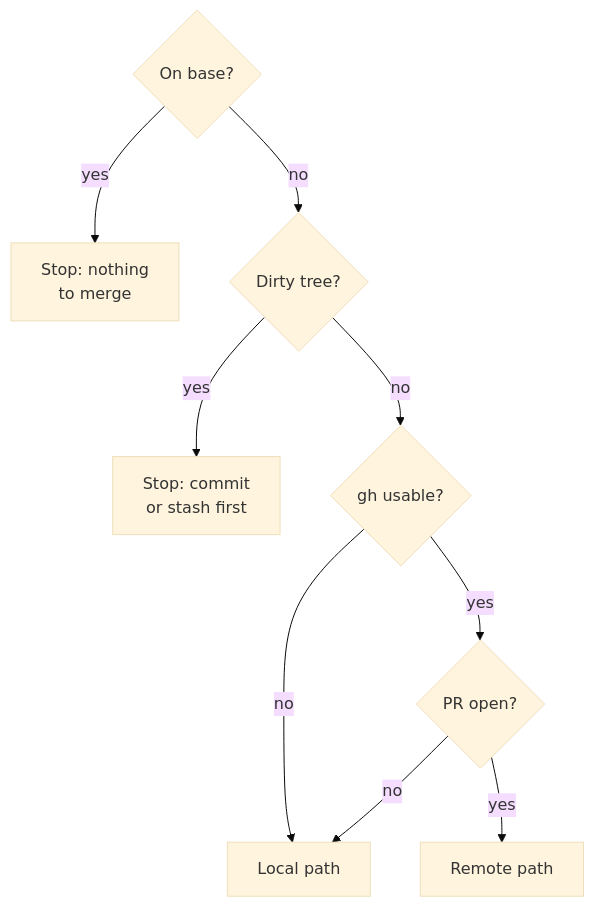
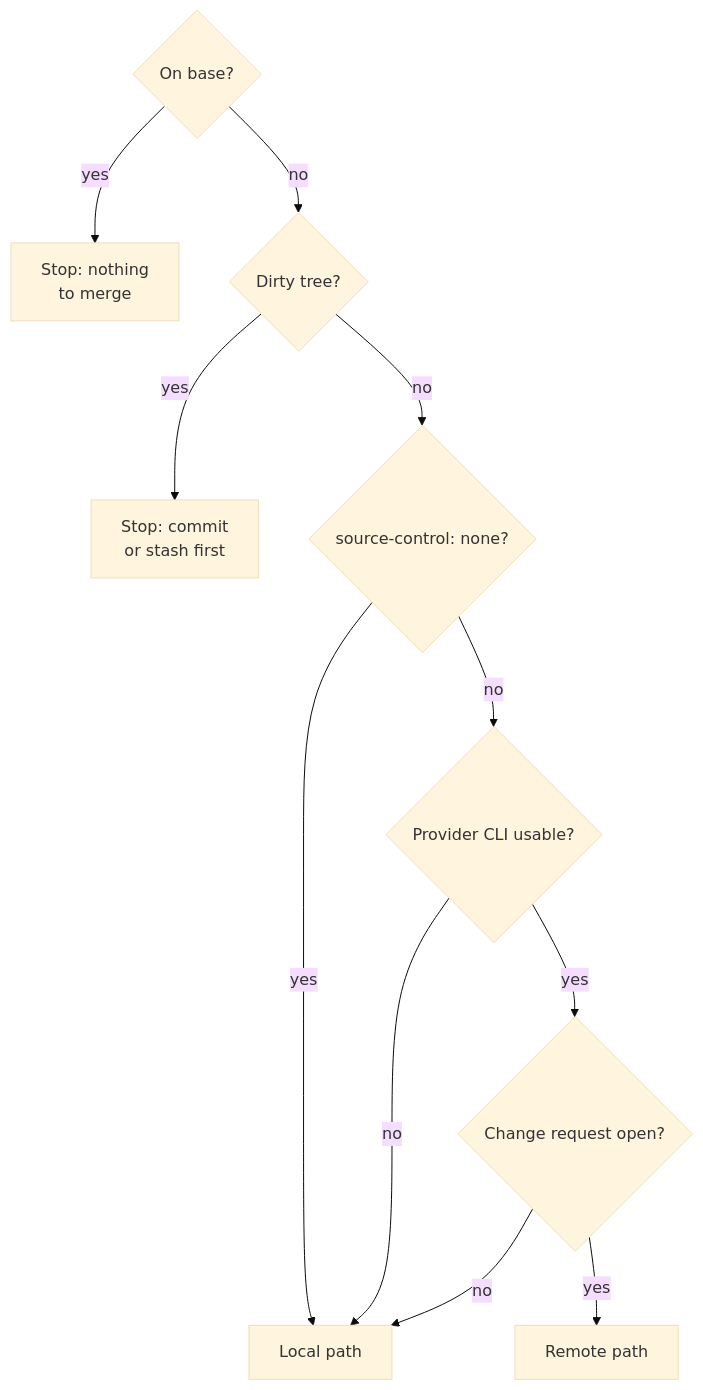
The first of 2 diagrams in context/_partials/merge-flow.md (damusix/atomic-claude), drawn with Mermaid (base theme) before and after one commit. The commit also changed other lines of this file and 795 other files, not shown here.

````diff
--- a/context/_partials/merge-flow.md
+++ b/context/_partials/merge-flow.md
@@ -8,11 +8,13 @@
 ```mermaid
 flowchart TD
     B{"On base?"} -->|yes| S1["Stop: nothing<br/>to merge"]
     B -->|no| D{"Dirty tree?"}
     D -->|yes| S2["Stop: commit<br/>or stash first"]
-    D -->|no| G{"gh usable?"}
-    G -->|no| L["Local path"]
-    G -->|yes| P{"PR open?"}
+    D -->|no| N{"source-control: none?"}
+    N -->|yes| L["Local path"]
+    N -->|no| G{"Provider CLI usable?"}
+    G -->|no| L
+    G -->|yes| P{"Change request open?"}
     P -->|yes| R["Remote path"]
     P -->|no| L
 ```
````
